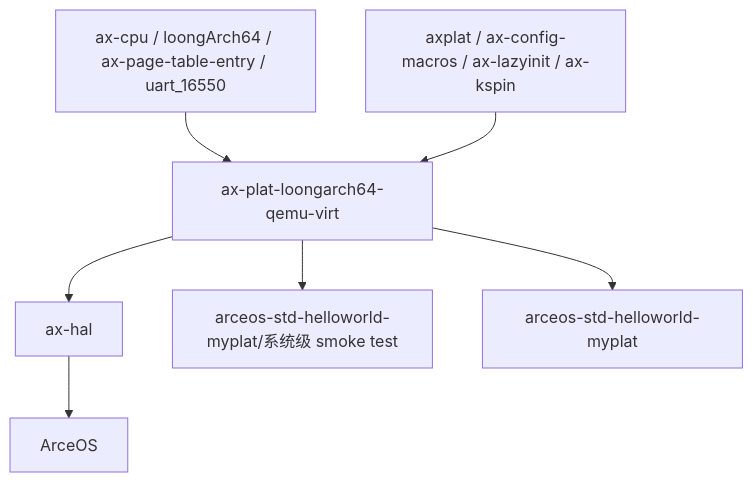
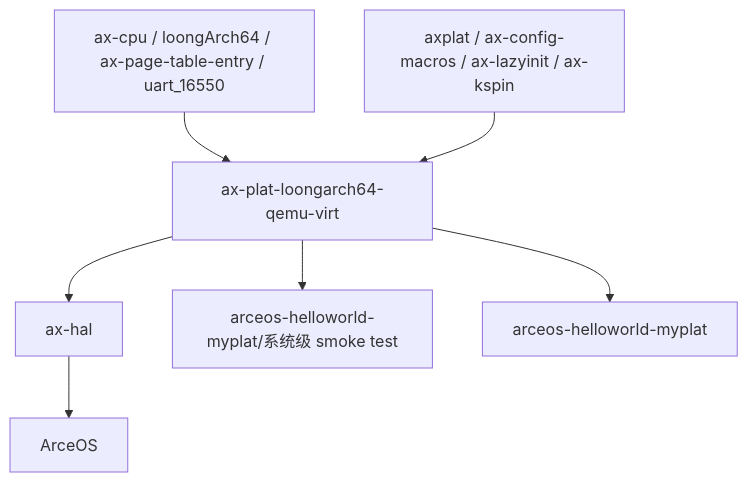
One commit to rcore-os/tgoskits changed the second of 2 diagrams in docs/docs/components/crates/ax-plat-loongarch64-qemu-virt.md. Above: the diagram before and after it, drawn with Mermaid. The commit also changed other lines of this file and 42 other files, not shown here.

````diff
--- a/docs/docs/components/crates/ax-plat-loongarch64-qemu-virt.md
+++ b/docs/docs/components/crates/ax-plat-loongarch64-qemu-virt.md
@@ -186,9 +186,9 @@
 ```mermaid
 graph TD
     A[ax-cpu / loongArch64 / ax-page-table-entry / uart_16550] --> B[ax-plat-loongarch64-qemu-virt]
     C[axplat / ax-config-macros / ax-lazyinit / ax-kspin] --> B
     B --> D[ax-hal]
-    B --> E[arceos-std-helloworld-myplat/系统级 smoke test]
-    B --> F[arceos-std-helloworld-myplat]
+    B --> E[arceos-helloworld-myplat/系统级 smoke test]
+    B --> F[arceos-helloworld-myplat]
     D --> G[ArceOS]
 ```
````
